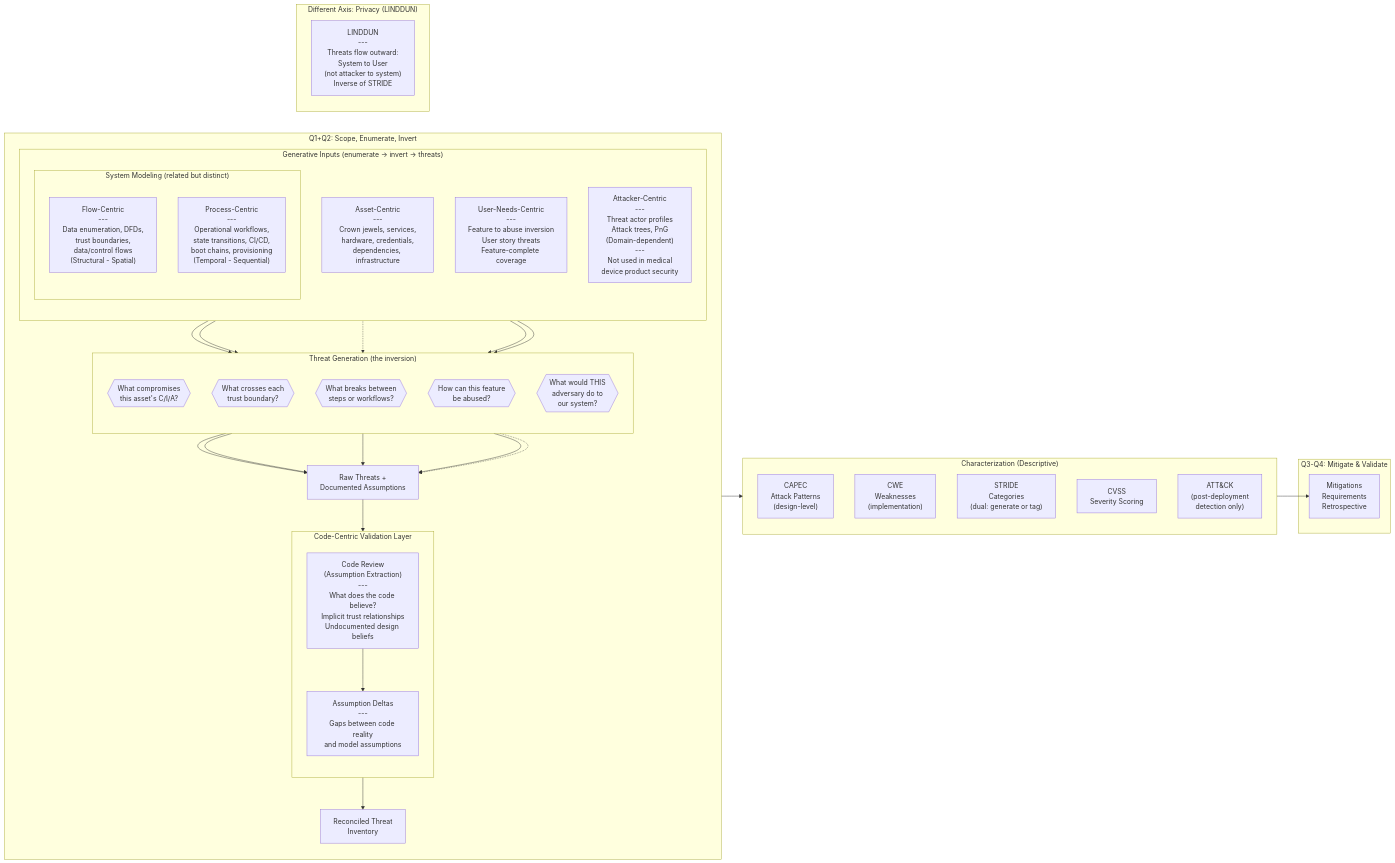
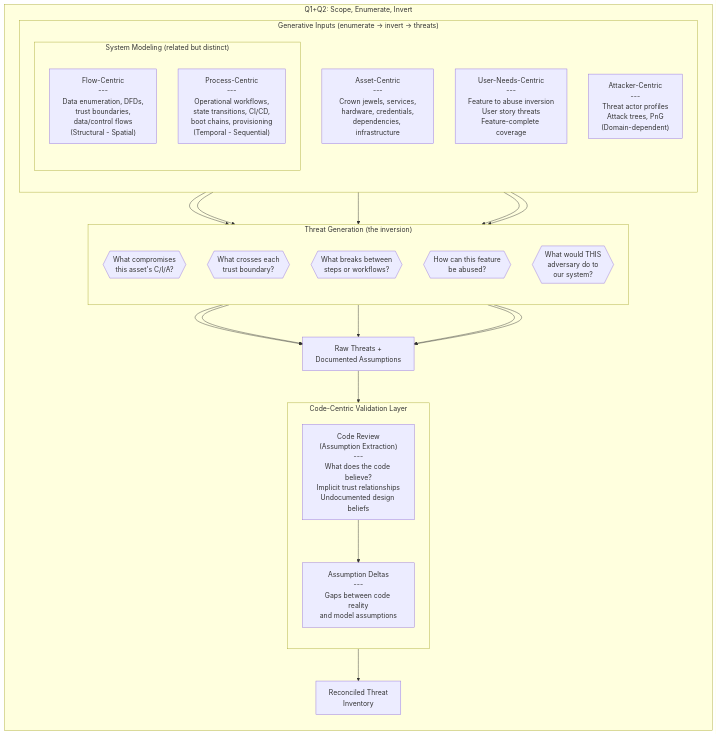
One commit to tmart234/tmart234.github.io changed the diagram in _posts/2026-04-08-threat-modeling-taxonomy.md. Above: the diagram before and after it, drawn with Mermaid. The commit also changed other lines of this file, not shown here.

Commit message:
Update threat modeling taxonomy: add image, trim diagram, neutralize attacker-centric
- Add reference image for threat modelling approach quadrant diagram
- Trim mermaid diagram to Q1+Q2 scope only (remove characterization,
  Q3-Q4, and LINDDUN subgraphs)
- Remove discouraging language about attacker-centric approach:
  solid arrows, neutral section header, rewritten intro

https://claude.ai/code/session_0191x9Qf5CJPeZUCdpTXchxd

```diff
--- a/_posts/2026-04-08-threat-modeling-taxonomy.md
+++ b/_posts/2026-04-08-threat-modeling-taxonomy.md
@@ -18,75 +20,55 @@
 <div class="mermaid">
 graph LR
     subgraph Q1Q2["Q1+Q2: Scope, Enumerate, Invert"]
         direction TB
 
         subgraph inputs["Generative Inputs (enumerate &rarr; invert &rarr; threats)"]
             direction TB
             A["Asset-Centric<br>---<br>Crown jewels, services,<br>hardware, credentials,<br>dependencies, infrastructure"]
 
             subgraph systemmodeling["System Modeling (related but distinct)"]
                 direction TB
                 F["Flow-Centric<br>---<br>Data enumeration, DFDs,<br>trust boundaries,<br>data/control flows<br>(Structural - Spatial)"]
                 P["Process-Centric<br>---<br>Operational workflows,<br>state transitions, CI/CD,<br>boot chains, provisioning<br>(Temporal - Sequential)"]
             end
 
             U["User-Needs-Centric<br>---<br>Feature to abuse inversion<br>User story threats<br>Feature-complete coverage"]
-            ATK["Attacker-Centric<br>---<br>Threat actor profiles<br>Attack trees, PnG<br>(Domain-dependent)<br>---<br>Not used in medical<br>device product security"]
+            ATK["Attacker-Centric<br>---<br>Threat actor profiles<br>Attack trees, PnG<br>(Domain-dependent)"]
         end
 
         subgraph generation["Threat Generation (the inversion)"]
             direction TB
             A_Q{{"What compromises<br>this asset's C/I/A?"}}
             F_Q{{"What crosses each<br>trust boundary?"}}
             P_Q{{"What breaks between<br>steps or workflows?"}}
             U_Q{{"How can this feature<br>be abused?"}}
             ATK_Q{{"What would THIS<br>adversary do to<br>our system?"}}
         end
 
         A --> A_Q
         F --> F_Q
         P --> P_Q
         U --> U_Q
-        ATK -.-> ATK_Q
+        ATK --> ATK_Q
 
         A_Q --> T
         F_Q --> T
         P_Q --> T
         U_Q --> T
-        ATK_Q -.-> T
+        ATK_Q --> T
 
         T["Raw Threats +<br>Documented Assumptions"]
 
         subgraph validation["Code-Centric Validation Layer"]
             direction TB
             C["Code Review<br>(Assumption Extraction)<br>---<br>What does the code believe?<br>Implicit trust relationships<br>Undocumented design beliefs"]
             DELTA["Assumption Deltas<br>---<br>Gaps between code reality<br>and model assumptions"]
         end
 
         T --> C
         C --> DELTA
         DELTA --> T2
         T2["Reconciled Threat<br>Inventory"]
     end
 
-    subgraph characterization["Characterization (Descriptive)"]
-        direction TB
-        CAPEC["CAPEC<br>Attack Patterns<br>(design-level)"]
-        CWE["CWE<br>Weaknesses<br>(implementation)"]
-        STRIDE_tag["STRIDE<br>Categories<br>(dual: generate or tag)"]
-        CVSS["CVSS<br>Severity Scoring"]
-        ATTACK["ATT&CK<br>(post-deployment<br>detection only)"]
-    end
-
-    subgraph Q3Q4["Q3-Q4: Mitigate & Validate"]
-        OUT["Mitigations<br>Requirements<br>Retrospective"]
-    end
-
-    T2 --> characterization
-    characterization --> OUT
-
-    subgraph privacy["Different Axis: Privacy (LINDDUN)"]
-        direction TB
-        PRIV["LINDDUN<br>---<br>Threats flow outward:<br>System to User<br>(not attacker to system)<br>Inverse of STRIDE"]
-    end
 </div>
```
